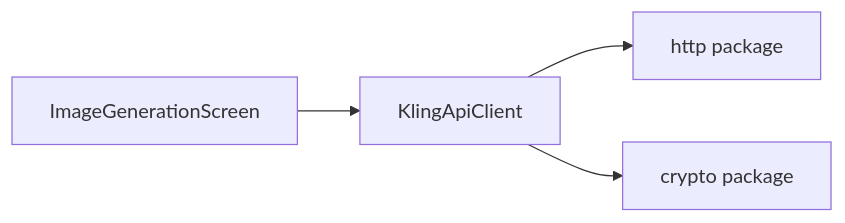
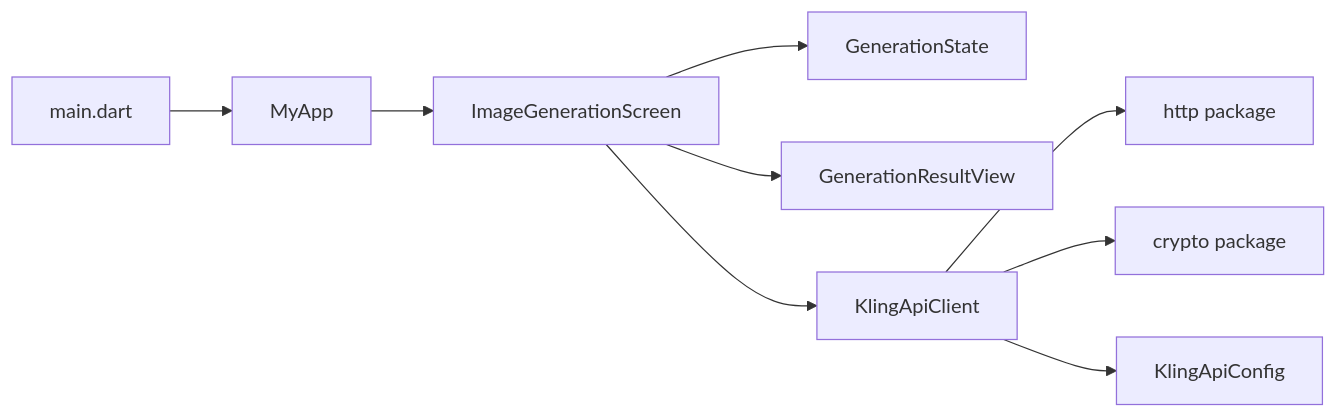
One commit to cripnail/kling_app changed the seventh of 7 diagrams in .qoder/repowiki/en/content/Core Features/Core Features.md. Above: the diagram before and after it, drawn with Mermaid. The commit also changed other lines of this file and 15 other files, not shown here.

````diff
--- a/.qoder/repowiki/en/content/Core Features/Core Features.md
+++ b/.qoder/repowiki/en/content/Core Features/Core Features.md
@@ -254,6 +307,11 @@
 ```mermaid
 graph LR
-Screen["ImageGenerationScreen"] --> Client["KlingApiClient"]
-Client --> Net["http package"]
+Main["main.dart"] --> MyApp["MyApp"]
+MyApp --> Screen["ImageGenerationScreen"]
+Screen --> State["GenerationState"]
+Screen --> Result["GenerationResultView"]
+Screen --> Client["KlingApiClient"]
+Client --> Http["http package"]
 Client --> Crypto["crypto package"]
+Client --> Config["KlingApiConfig"]
 ```
````
